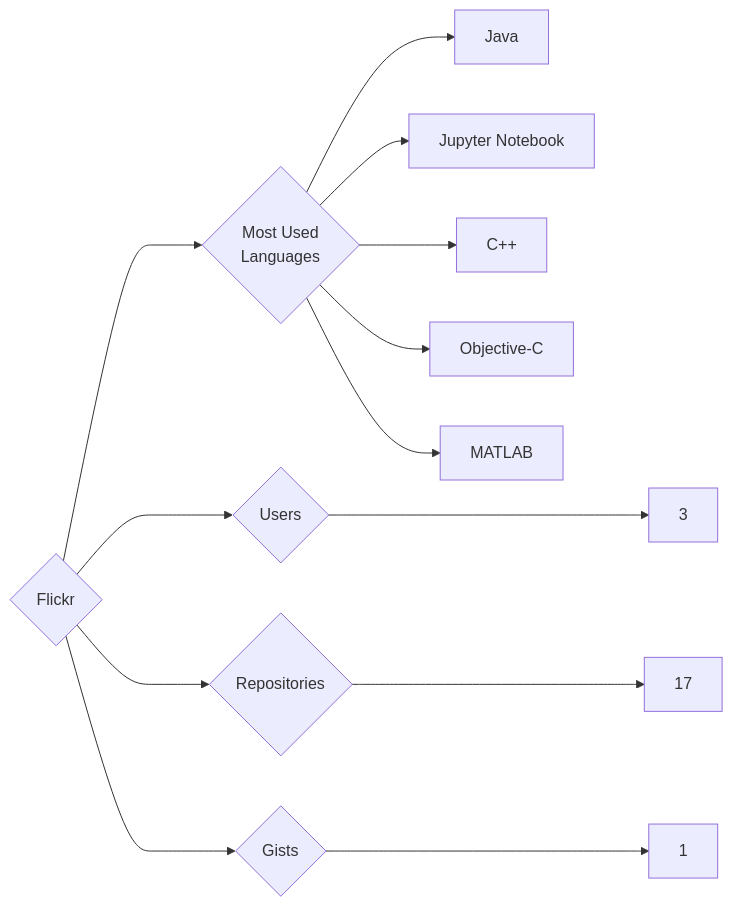
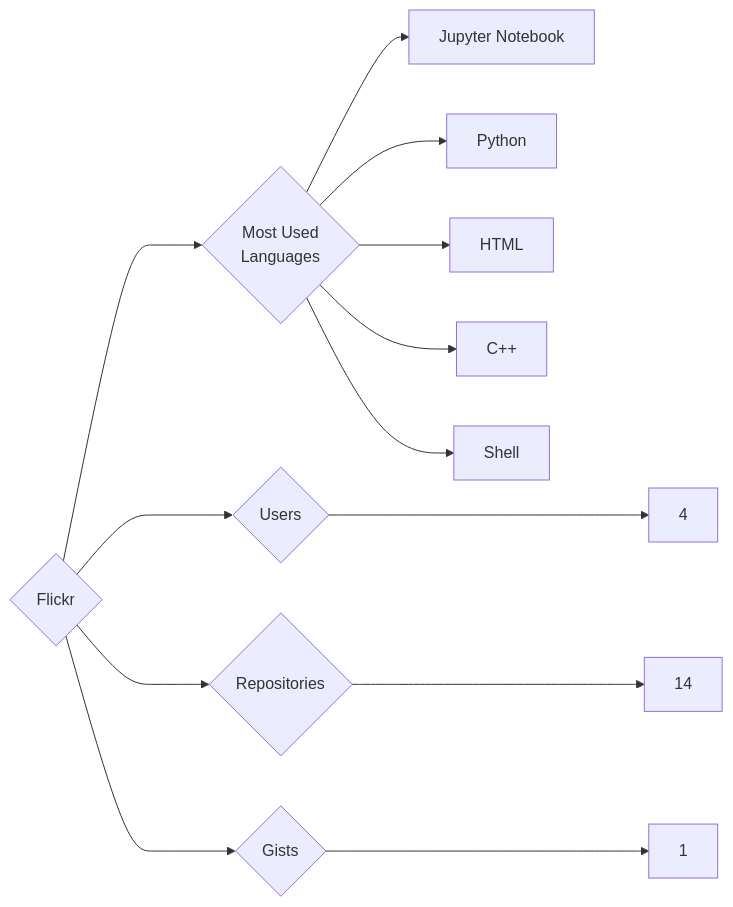
Before and after one commit to trickest/insiders: the diagram in targets/Flickr/README.md, drawn with Mermaid. The commit also changed 1167 other files, not shown here.

````diff
--- a/targets/Flickr/README.md
+++ b/targets/Flickr/README.md
@@ -3,13 +3,13 @@
 ```mermaid
 graph LR
 COMPANY_NAME{Flickr}
-COMPANY_NAME ---> U{Users} ---> UN[3]
-COMPANY_NAME ---> R{Repositories} ---> RN[17]
+COMPANY_NAME ---> U{Users} ---> UN[4]
+COMPANY_NAME ---> R{Repositories} ---> RN[14]
 COMPANY_NAME ---> G{Gists} ---> GN[1]
 COMPANY_NAME ---> ML{Most Used<br>Languages}
-ML --> Java[Java]
 ML --> Jupyter_Notebook[Jupyter Notebook]
+ML --> Python[Python]
+ML --> HTML[HTML]
 ML --> C++[C++]
-ML --> Objective-C[Objective-C]
-ML --> MATLAB[MATLAB]
+ML --> Shell[Shell]
 ```
````
